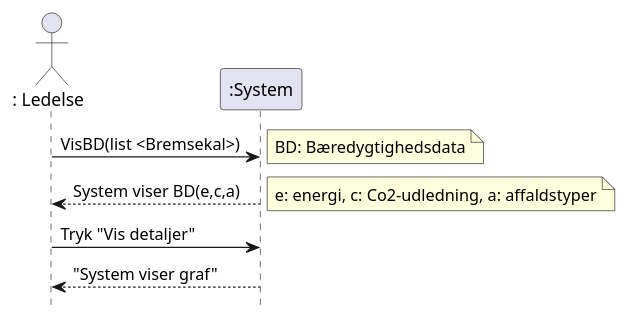
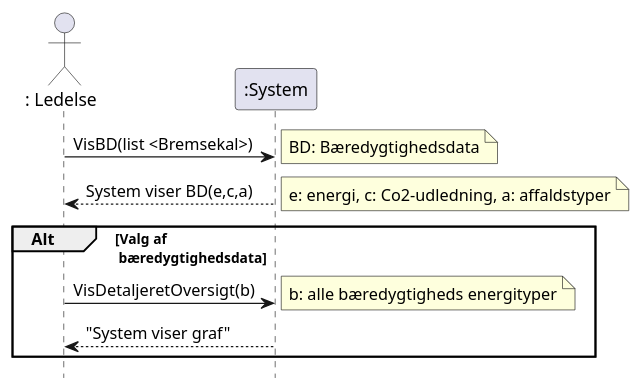
The diagram in Budweg/Artefacts/BudwegSSD.plantuml (FilipMeldal/Team1A), drawn with PlantUML before and after one commit.

```diff
--- a/Budweg/Artefacts/BudwegSSD.plantuml
+++ b/Budweg/Artefacts/BudwegSSD.plantuml
@@ -1,19 +1,20 @@
 @startuml
 hide empty method
+
 
 Actor ": Ledelse" as L
 participant ":System" as S
 
 L -> S: VisBD(list <Bremsekal>)  
 note right: BD: Bæredygtighedsdata
 S --> L: System viser BD(e,c,a)
 note right: e: energi, c: Co2-udledning, a: affaldstyper
-L -> S: Tryk "Vis detaljer"
+
+group Alt [Valg af \n bæredygtighedsdata]
+L -> S: VisDetaljeretOversigt(b) 
+note right: b: alle bæredygtigheds energityper
 S --> L: "System viser graf"
 hide footbox
-
-
-
-
+end
 
 @enduml
```
